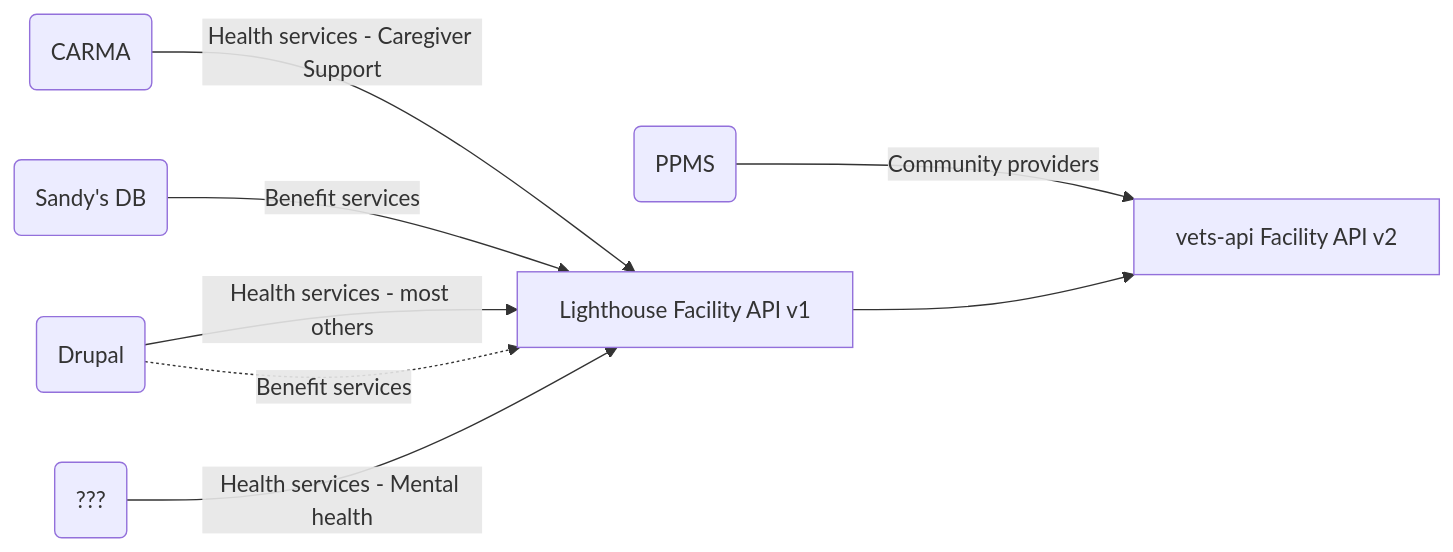
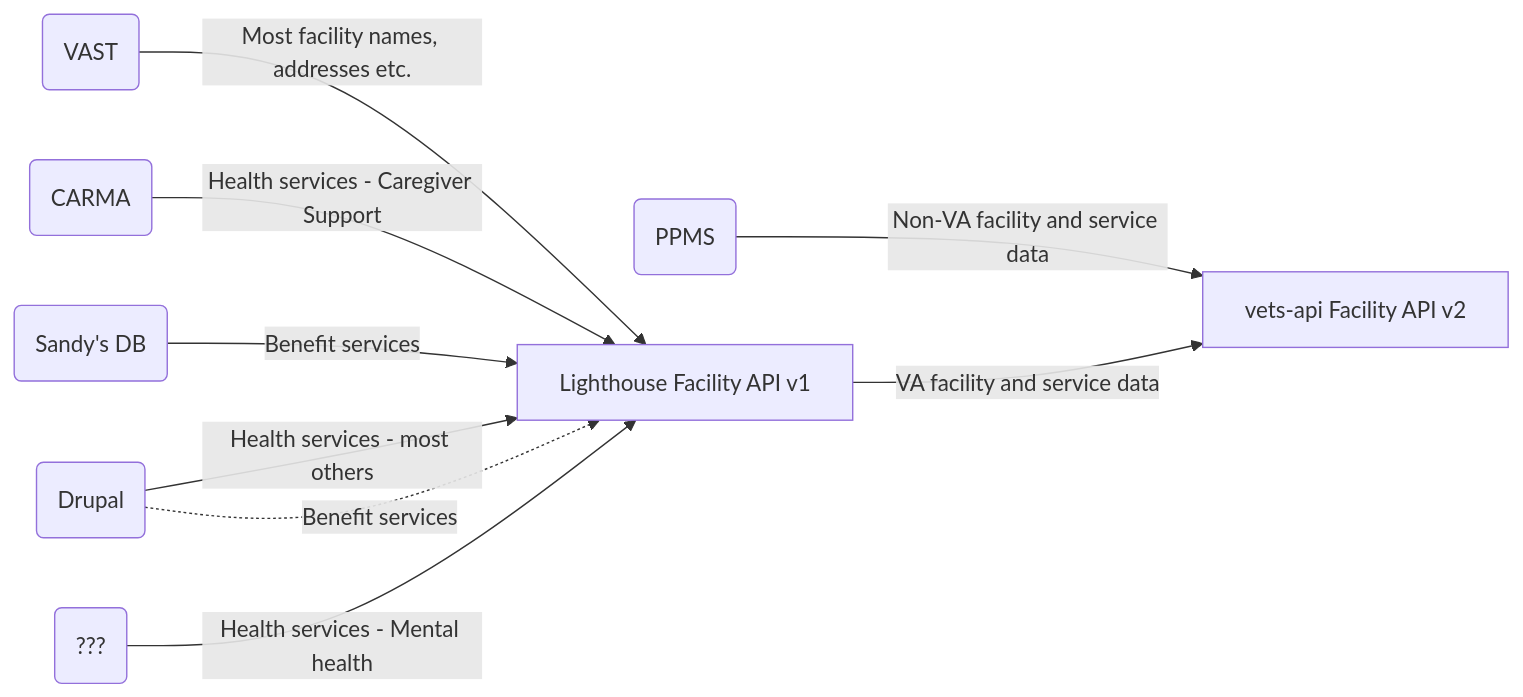
One commit to department-of-veterans-affairs/va.gov-team changed the second of 2 diagrams in products/facilities/facilities-api/README.md. Above: the diagram before and after it, drawn with Mermaid. The commit also changed other lines of this file, not shown here.

````diff
--- a/products/facilities/facilities-api/README.md
+++ b/products/facilities/facilities-api/README.md
@@ -31,11 +32,12 @@
 ```mermaid
 flowchart LR
+    O(VAST) -->|Most facility names, addresses etc.| W
     P(CARMA) --> |Health services - Caregiver Support| W
     S(Sandy's DB)-->|Benefit services| W
-    U(PPMS) -->|Community providers| Y
+    U(PPMS) -->|Non-VA facility and service data| Y
     T(Drupal) -->|Health services - most others| W
     T -.->|Benefit services| W
     Q(???) -->|Health services - Mental health| W 
-    W[Lighthouse Facility API v1] --> Y
+    W[Lighthouse Facility API v1] -->|VA facility and service data| Y
     Y[vets-api Facility API v2]
 ```
````
